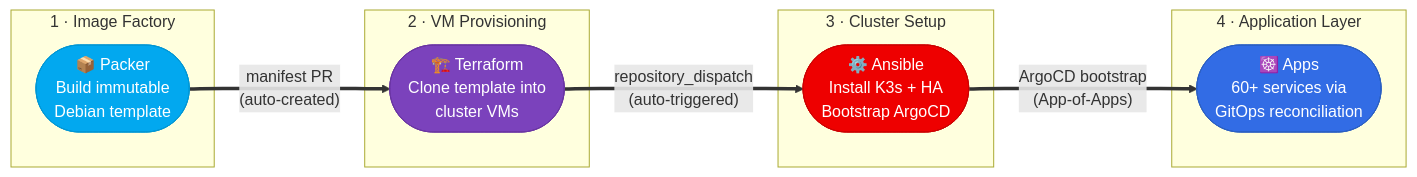
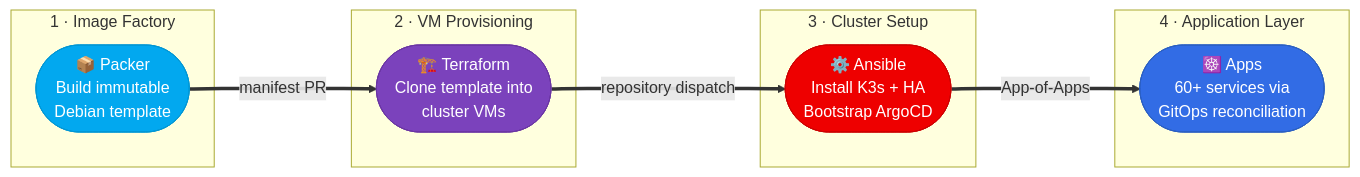
The first of 2 diagrams in profile/README.md (Starktastic-Homelab/.github), drawn with Mermaid before and after one commit.

Commit message:
docs: standardize pipeline diagram edge labels

````diff
--- a/profile/README.md
+++ b/profile/README.md
@@ -32,31 +32,31 @@
 ```mermaid
 flowchart LR
     subgraph s1["1 · Image Factory"]
         P(["📦 Packer\nBuild immutable\nDebian template"])
     end
 
     subgraph s2["2 · VM Provisioning"]
         T(["🏗️ Terraform\nClone template into\ncluster VMs"])
     end
 
     subgraph s3["3 · Cluster Setup"]
         A(["⚙️ Ansible\nInstall K3s + HA\nBootstrap ArgoCD"])
     end
 
     subgraph s4["4 · Application Layer"]
         K(["☸️ Apps\n60+ services via\nGitOps reconciliation"])
     end
 
-    P ==>|"manifest PR\n(auto-created)"| T
-    T ==>|"repository_dispatch\n(auto-triggered)"| A
-    A ==>|"ArgoCD bootstrap\n(App-of-Apps)"| K
+    P ==>|"manifest PR"| T
+    T ==>|"repository dispatch"| A
+    A ==>|"App-of-Apps"| K
 
     classDef packer fill:#02A8EF,stroke:#0196D4,color:#fff
     classDef terraform fill:#7B42BC,stroke:#6A35A3,color:#fff
     classDef ansible fill:#EE0000,stroke:#CC0000,color:#fff
     classDef apps fill:#326CE5,stroke:#2B5FC2,color:#fff
     class P packer
     class T terraform
     class A ansible
     class K apps
 ```
````
